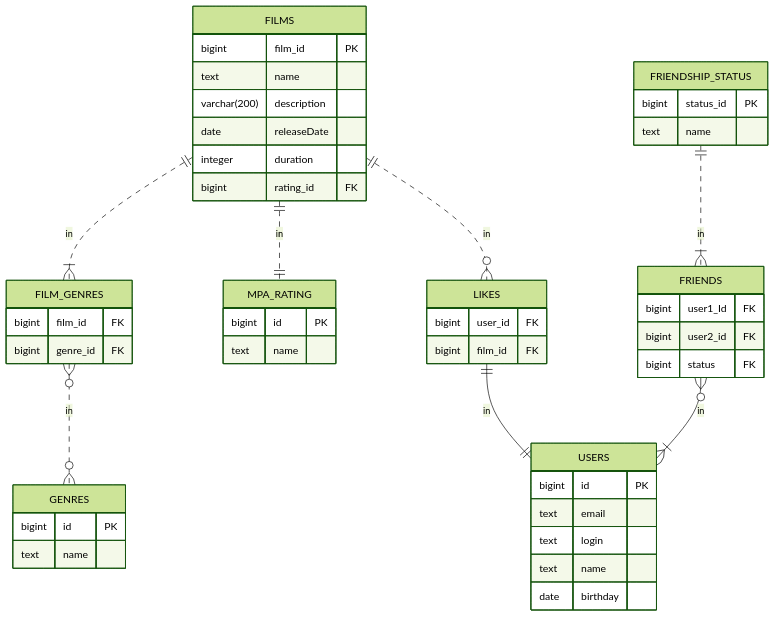
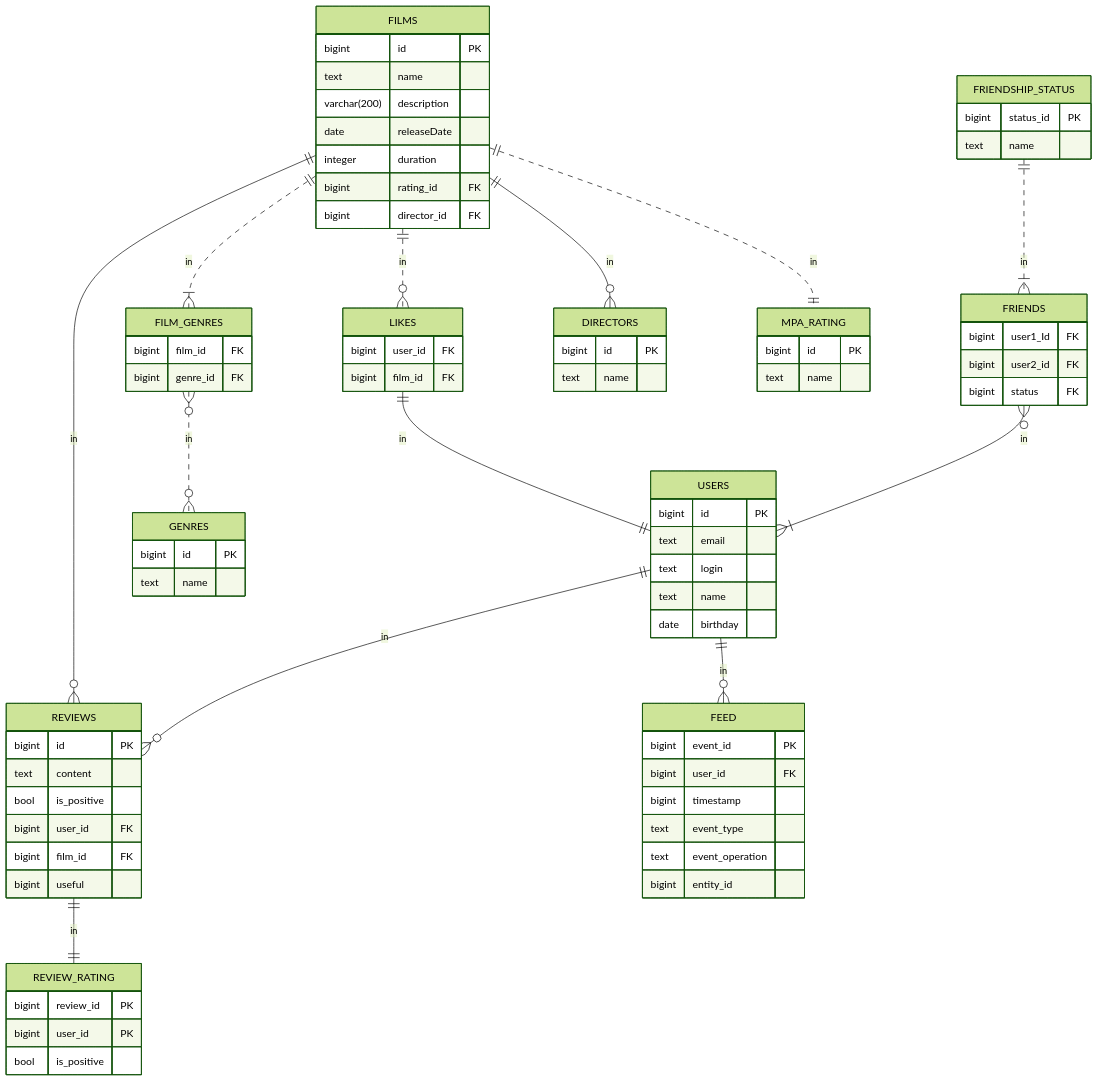
One commit to NorthenGirl/java-filmorate changed the diagram in README.md. Above: the diagram before and after it, drawn with Mermaid (forest theme). The commit also changed 54 other files, not shown here.

````diff
--- a/README.md
+++ b/README.md
@@ -4,27 +4,35 @@
 ```mermaid
 erDiagram
-    FILMS{
-        bigint film_id PK
+    REVIEWS {
+        bigint id PK
+        text content
+        bool is_positive
+        bigint user_id FK
+        bigint film_id FK
+        bigint useful
+    }
+    
+    REVIEW_RATING {
+        bigint review_id PK
+        bigint user_id PK
+        bool is_positive
+    }
+    
+    FILMS {
+        bigint id PK
         text name
         varchar(200) description
         date releaseDate
         integer duration
         bigint rating_id FK
+        bigint director_id FK
     }
-    
-    
+
     LIKES {
         bigint user_id FK
         bigint film_id FK
     }
-    GENRES {
-        bigint id PK
-        text name
-    }
-    MPA_RATING {
-        bigint id PK
-        text name
-    }
+    
     USERS {
         bigint id PK
         text email
@@ -32,20 +40,47 @@
         text name
         date birthday
     }
+    
     FRIENDS {
         bigint user1_Id FK
         bigint user2_id FK
-        bigint status FK
-        
+        bigint status FK 
     }
+
     FRIENDSHIP_STATUS {
         bigint status_id PK
         text name
     }
+
+    FEED {
+        bigint event_id PK
+        bigint user_id FK
+        bigint timestamp
+        text event_type
+        text event_operation
+        bigint entity_id
+    }
+
+    GENRES {
+        bigint id PK
+        text name
+    }
+
     FILM_GENRES {
         bigint film_id FK
         bigint genre_id FK
     }
+    
+    DIRECTORS {
+        bigint id PK
+        text name
+    }
+
+    MPA_RATING {
+        bigint id PK
+        text name
+    }
+    
     FILMS || .. o{ LIKES: in
     FILMS || .. || MPA_RATING: in
     LIKES || -- || USERS: in
@@ -53,4 +88,9 @@
     FRIENDSHIP_STATUS || .. |{ FRIENDS: in
     FILMS || .. |{ FILM_GENRES: in
     FILM_GENRES }o .. o{ GENRES: in
+    FILMS || -- o{  DIRECTORS: in
+    FILMS || -- o{ REVIEWS: in
+    USERS || -- o{ REVIEWS: in
+    REVIEWS || -- || REVIEW_RATING: in
+    USERS || -- o{ FEED: in
 ```
````
